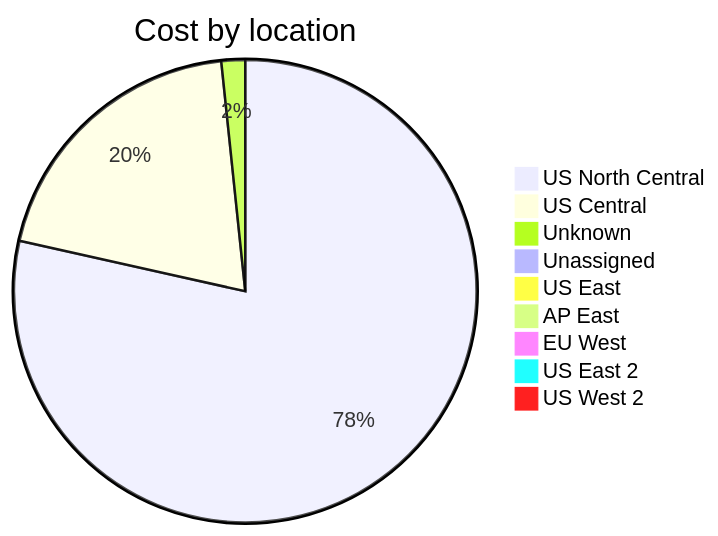
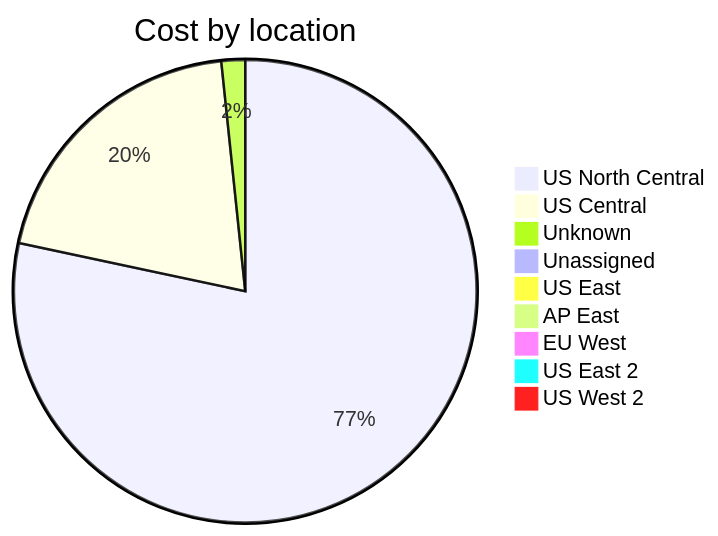
One commit to jpfulton/azure-personal-reports changed the third of 4 diagrams in cost-reports/accumulated-cost.md. Above: the diagram before and after it, drawn with Mermaid. The commit also changed other lines of this file and 4 other files, not shown here.

````diff
--- a/cost-reports/accumulated-cost.md
+++ b/cost-reports/accumulated-cost.md
@@ -129,13 +129,13 @@
 ```mermaid
 pie
    title Cost by location
-   "US North Central" : 23.22
-   "US Central" : 5.87
-   "Unknown" : 0.49
-   "Unassigned" : 0.25
-   "US East" : 0.10
+   "US North Central" : 24.13
+   "US Central" : 6.16
+   "Unknown" : 0.51
+   "Unassigned" : 0.26
+   "US East" : 0.11
    "AP East" : 0.00
    "EU West" : 0.00
    "US East 2" : 0.00
    "US West 2" : 0.00
 ```
````
